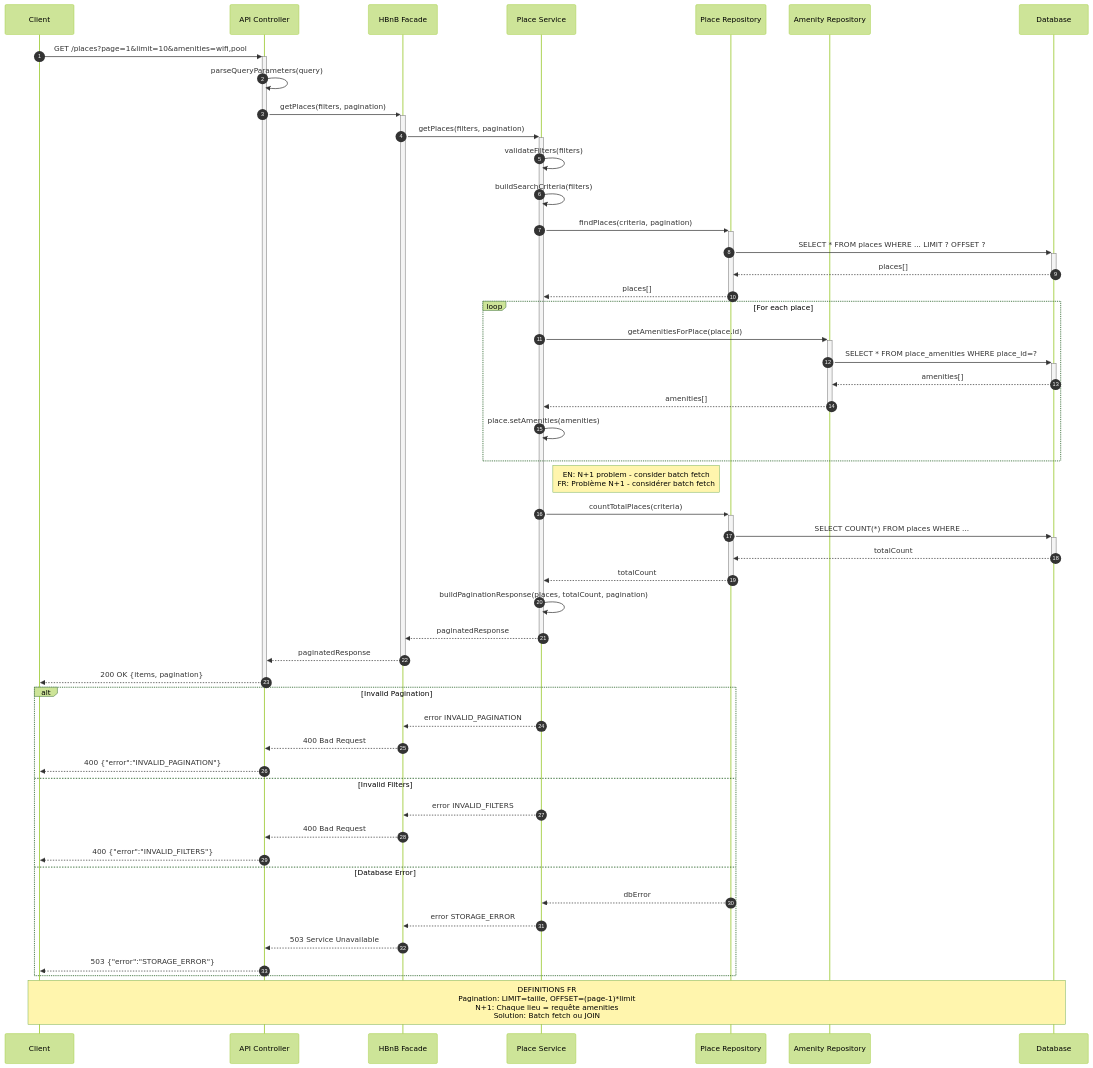
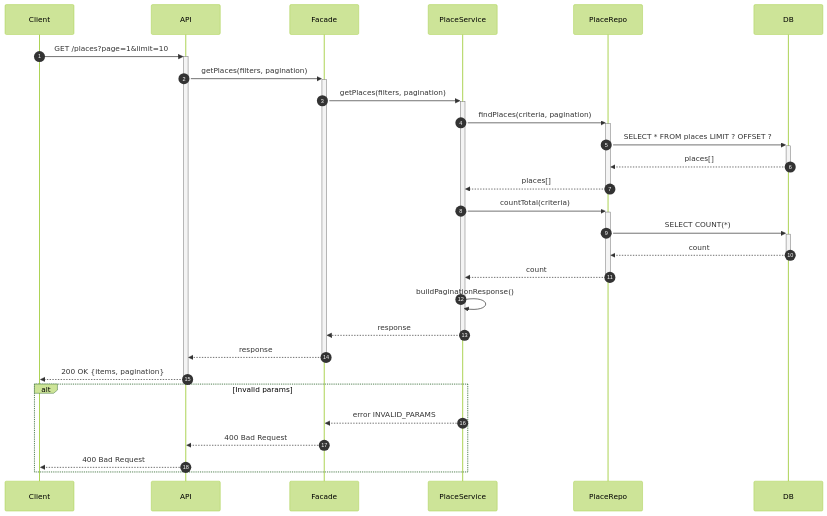
Before and after one commit to Lagui117/holbertonschool-hbnb: the fourth of 4 diagrams in part1/2-sequences.md, drawn with Mermaid (forest theme). The commit also changed other lines of this file, not shown here.

Commit message:
2-sequences.md

````diff
--- a/part1/2-sequences.md
+++ b/part1/2-sequences.md
@@ -358,61 +177,35 @@
 ```mermaid
 sequenceDiagram
     autonumber
     participant Client
-    participant API as API Controller
-    participant Facade as HBnB Facade
-    participant PlaceService as Place Service
-    participant PlaceRepo as Place Repository
-    participant AmenityRepo as Amenity Repository
-    participant DB as Database
+    participant API
+    participant Facade
+    participant PlaceService
+    participant PlaceRepo
+    participant DB
 
-    Client->>+API: GET /places?page=1&limit=10&amenities=wifi,pool
-    API->>API: parseQueryParameters(query)
+    Client->>+API: GET /places?page=1&limit=10
     API->>+Facade: getPlaces(filters, pagination)
     Facade->>+PlaceService: getPlaces(filters, pagination)
-    PlaceService->>PlaceService: validateFilters(filters)
-    PlaceService->>PlaceService: buildSearchCriteria(filters)
     
     PlaceService->>+PlaceRepo: findPlaces(criteria, pagination)
-    PlaceRepo->>+DB: SELECT * FROM places WHERE ... LIMIT ? OFFSET ?
+    PlaceRepo->>+DB: SELECT * FROM places LIMIT ? OFFSET ?
     DB-->>-PlaceRepo: places[]
     PlaceRepo-->>-PlaceService: places[]
     
-    loop For each place
-        PlaceService->>+AmenityRepo: getAmenitiesForPlace(place.id)
-        AmenityRepo->>+DB: SELECT * FROM place_amenities WHERE place_id=?
-        DB-->>-AmenityRepo: amenities[]
-        AmenityRepo-->>-PlaceService: amenities[]
-        PlaceService->>PlaceService: place.setAmenities(amenities)
-    end
-    Note right of PlaceService: EN: N+1 problem - consider batch fetch<br/>FR: Problème N+1 - considérer batch fetch
+    PlaceService->>+PlaceRepo: countTotal(criteria)
+    PlaceRepo->>+DB: SELECT COUNT(*)
+    DB-->>-PlaceRepo: count
+    PlaceRepo-->>-PlaceService: count
     
-    PlaceService->>+PlaceRepo: countTotalPlaces(criteria)
-    PlaceRepo->>+DB: SELECT COUNT(*) FROM places WHERE ...
-    DB-->>-PlaceRepo: totalCount
-    PlaceRepo-->>-PlaceService: totalCount
-    
-    PlaceService->>PlaceService: buildPaginationResponse(places, totalCount, pagination)
-    PlaceService-->>-Facade: paginatedResponse
-    Facade-->>-API: paginatedResponse
+    PlaceService->>PlaceService: buildPaginationResponse()
+    PlaceService-->>-Facade: response
+    Facade-->>-API: response
     API-->>-Client: 200 OK {items, pagination}
 
-    alt Invalid Pagination
-        PlaceService-->>Facade: error INVALID_PAGINATION
+    alt Invalid params
+        PlaceService-->>Facade: error INVALID_PARAMS
         Facade-->>API: 400 Bad Request
-        API-->>Client: 400 {"error":"INVALID_PAGINATION"}
-        
-    else Invalid Filters
-        PlaceService-->>Facade: error INVALID_FILTERS
-        Facade-->>API: 400 Bad Request
-        API-->>Client: 400 {"error":"INVALID_FILTERS"}
-        
-    else Database Error
-        PlaceRepo-->>PlaceService: dbError
-        PlaceService-->>Facade: error STORAGE_ERROR
-        Facade-->>API: 503 Service Unavailable
-        API-->>Client: 503 {"error":"STORAGE_ERROR"}
+        API-->>Client: 400 Bad Request
     end
-
-    Note over Client,DB: DEFINITIONS FR<br/>Pagination: LIMIT=taille, OFFSET=(page-1)*limit<br/>N+1: Chaque lieu = requête amenities<br/>Solution: Batch fetch ou JOIN
 ```
````
